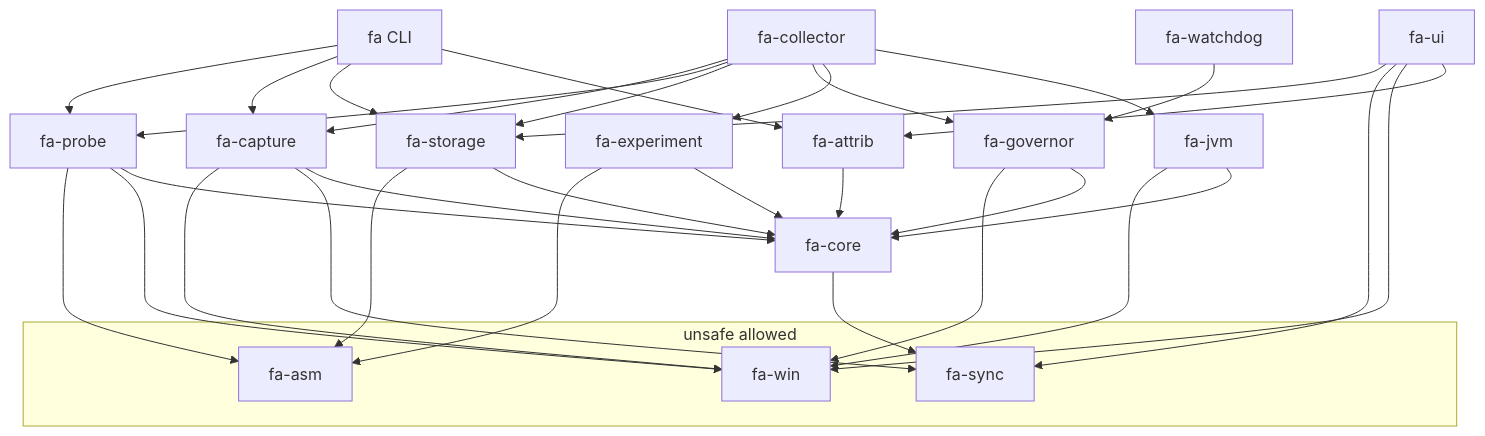
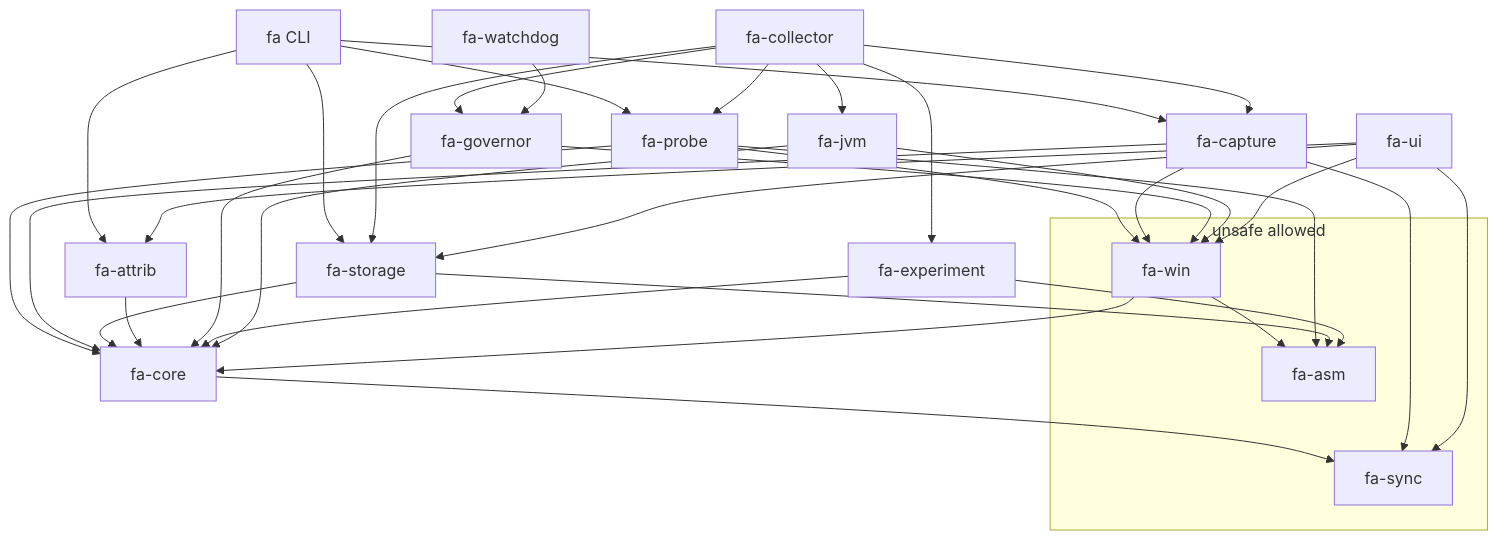
One commit to MatteoPetronelli/FrameAutopsy changed the first of 3 diagrams in docs/architecture.md. Above: the diagram before and after it, drawn with Mermaid. The commit also changed other lines of this file and 9 other files, not shown here.

````diff
--- a/docs/architecture.md
+++ b/docs/architecture.md
@@ -42,39 +42,41 @@
 ```mermaid
 graph TD
   subgraph unsafe["unsafe allowed"]
     ASM[fa-asm]
     WIN[fa-win]
     SYNC[fa-sync]
   end
   CORE[fa-core] --> SYNC
+  WIN --> ASM
+  WIN --> CORE
   PROBE[fa-probe] --> ASM
   PROBE --> WIN
   PROBE --> CORE
   CAP[fa-capture] --> WIN
   CAP --> SYNC
   CAP --> CORE
   STO[fa-storage] --> ASM
   STO --> CORE
   ATT[fa-attrib] --> CORE
   GOV[fa-governor] --> WIN
   GOV --> CORE
   EXP[fa-experiment] --> ASM
   EXP --> CORE
   JVM[fa-jvm] --> WIN
   JVM --> CORE
   FA[fa CLI] --> PROBE
   FA --> CAP
   FA --> STO
   FA --> ATT
   COL[fa-collector] --> CAP
   COL --> PROBE
   COL --> STO
   COL --> GOV
   COL --> EXP
   COL --> JVM
   WD[fa-watchdog] --> GOV
   UI[fa-ui] --> STO
   UI --> SYNC
   UI --> WIN
   UI --> ATT
 ```
````
